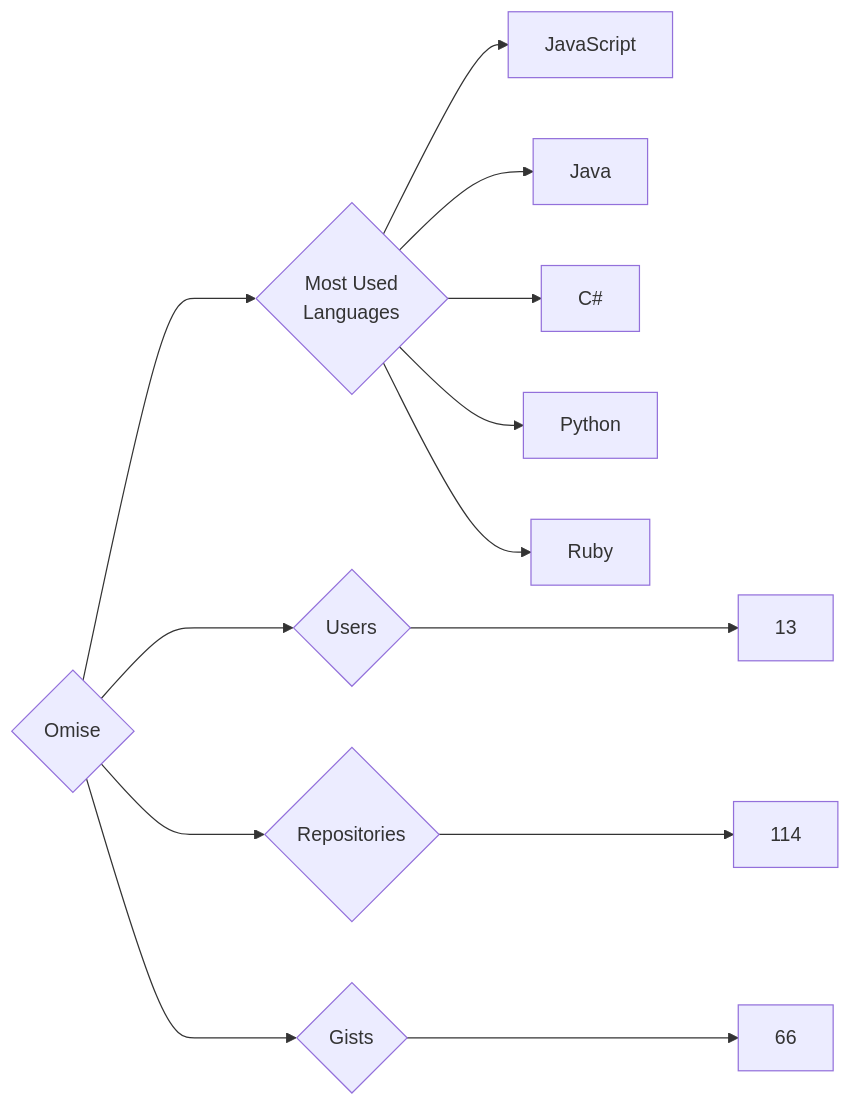
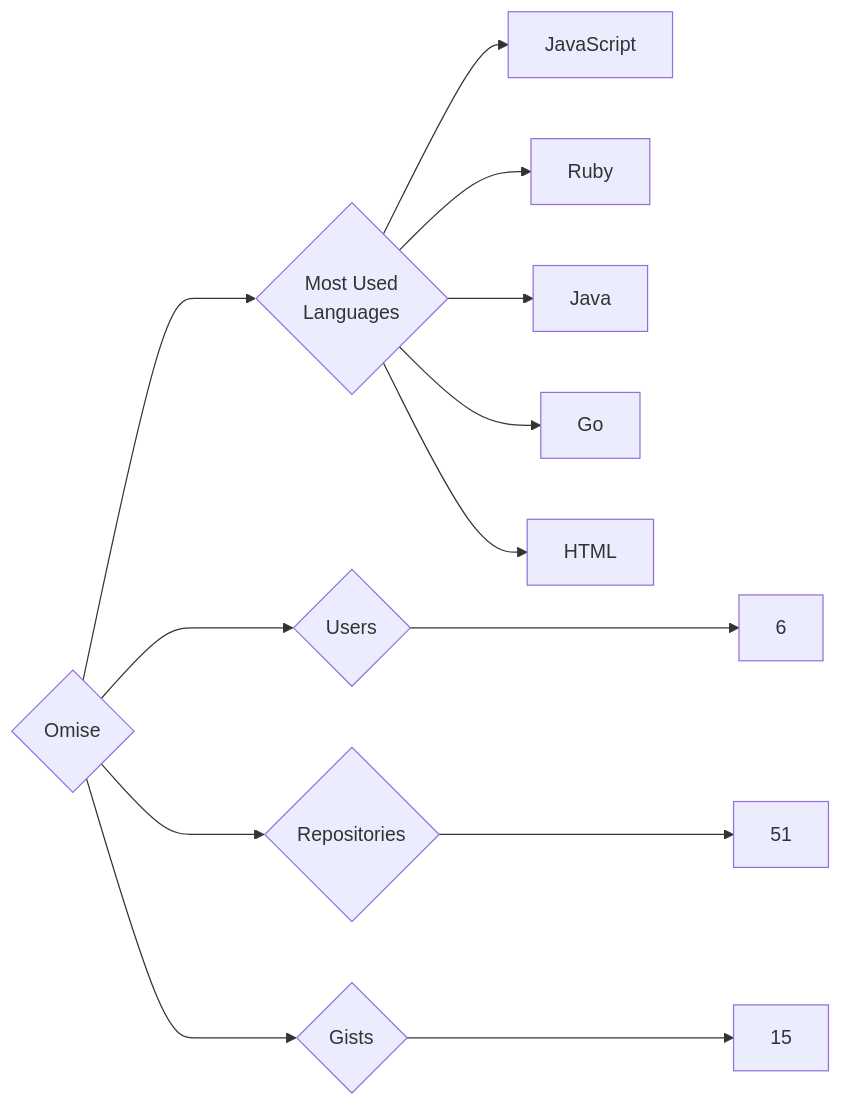
One commit to trickest/insiders changed the diagram in targets/Omise/README.md. Above: the diagram before and after it, drawn with Mermaid. The commit also changed 970 other files, not shown here.

````diff
--- a/targets/Omise/README.md
+++ b/targets/Omise/README.md
@@ -3,13 +3,13 @@
 ```mermaid
 graph LR
 COMPANY_NAME{Omise}
-COMPANY_NAME ---> U{Users} ---> UN[13]
-COMPANY_NAME ---> R{Repositories} ---> RN[114]
-COMPANY_NAME ---> G{Gists} ---> GN[66]
+COMPANY_NAME ---> U{Users} ---> UN[6]
+COMPANY_NAME ---> R{Repositories} ---> RN[51]
+COMPANY_NAME ---> G{Gists} ---> GN[15]
 COMPANY_NAME ---> ML{Most Used<br>Languages}
 ML --> JavaScript[JavaScript]
+ML --> Ruby[Ruby]
 ML --> Java[Java]
-ML --> C#[C#]
-ML --> Python[Python]
-ML --> Ruby[Ruby]
+ML --> Go[Go]
+ML --> HTML[HTML]
 ```
````
